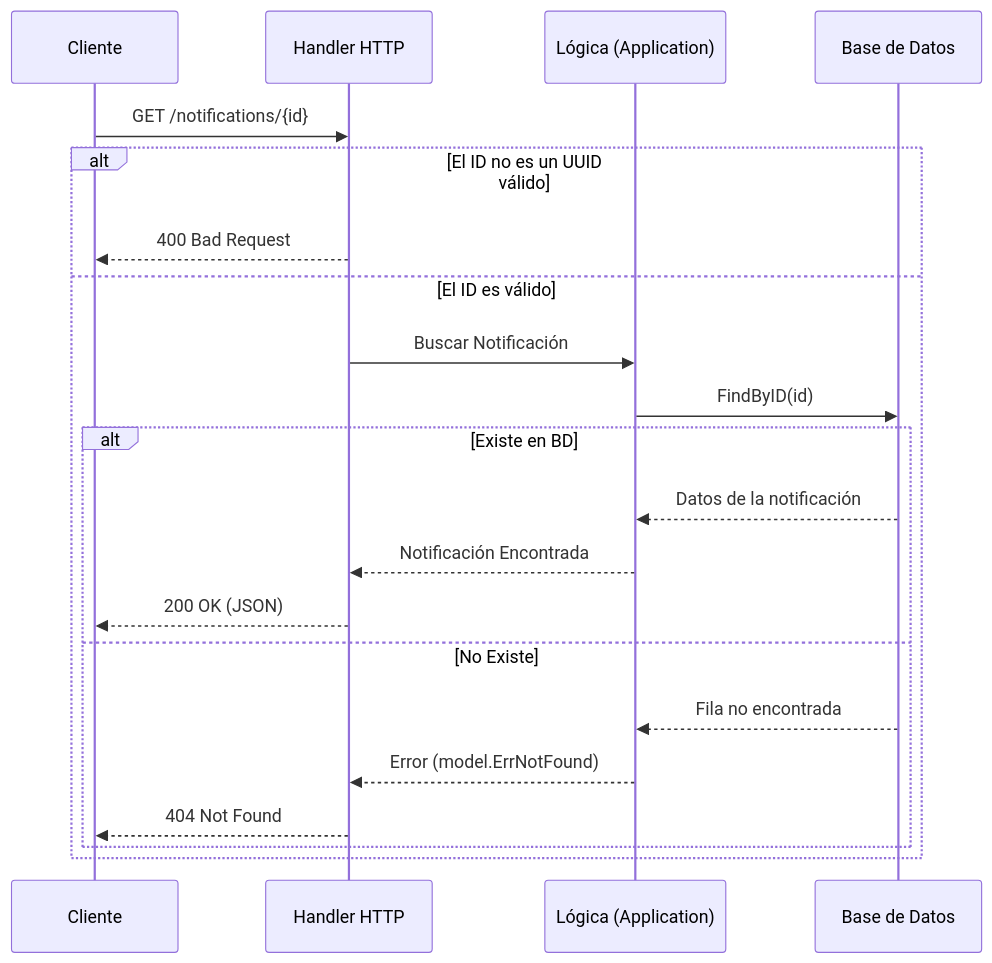
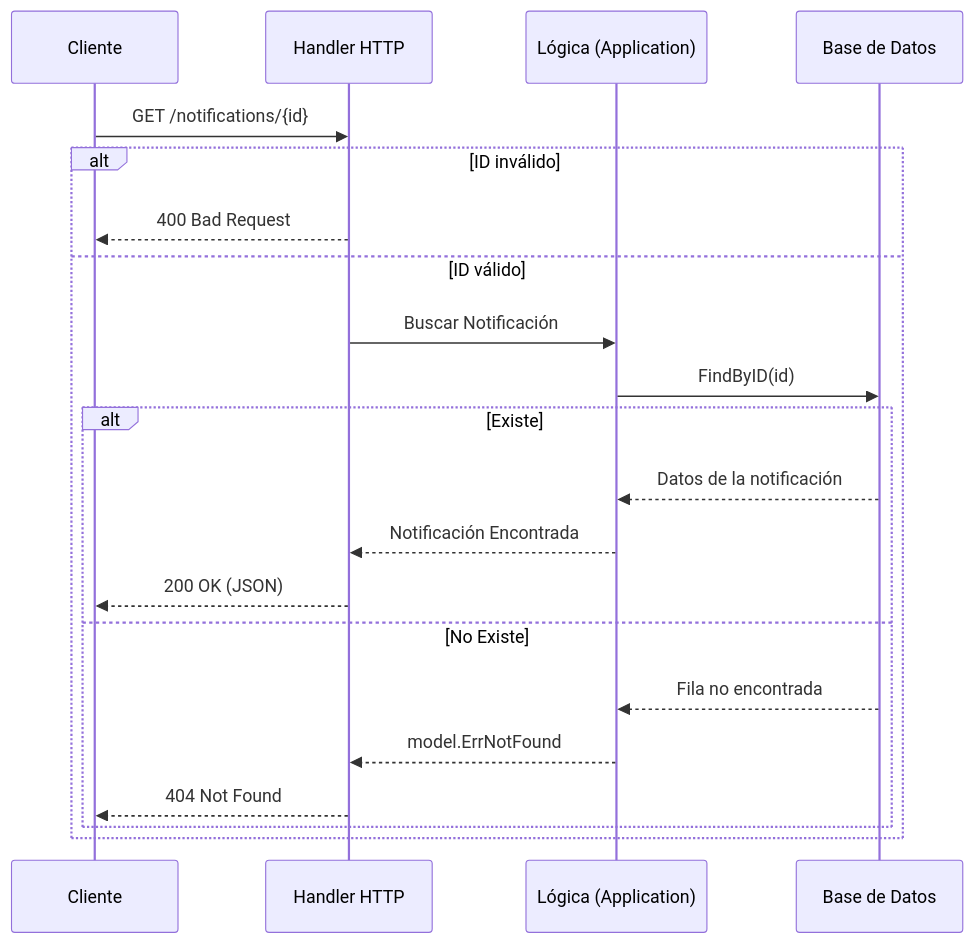
Before and after one commit to Entregables-Jesus-Ariel/evidencias-notification-service: the diagram in tasks-vanessaperdomo/HU-NOTIF-005.md, drawn with Mermaid. The commit also changed other lines of this file and 6 other files, not shown here.

````diff
--- a/tasks-vanessaperdomo/HU-NOTIF-005.md
+++ b/tasks-vanessaperdomo/HU-NOTIF-005.md
@@ -18,26 +15,26 @@
 ```mermaid
 sequenceDiagram
     participant Cliente
     participant API as Handler HTTP
     participant CasoDeUso as Lógica (Application)
     participant BD as Base de Datos
 
     Cliente->>API: GET /notifications/{id}
     
-    alt El ID no es un UUID válido
+    alt ID inválido
         API-->>Cliente: 400 Bad Request
-    else El ID es válido
+    else ID válido
         API->>CasoDeUso: Buscar Notificación
         CasoDeUso->>BD: FindByID(id)
         
-        alt Existe en BD
+        alt Existe
             BD-->>CasoDeUso: Datos de la notificación
             CasoDeUso-->>API: Notificación Encontrada
             API-->>Cliente: 200 OK (JSON)
         else No Existe
             BD-->>CasoDeUso: Fila no encontrada
-            CasoDeUso-->>API: Error (model.ErrNotFound)
+            CasoDeUso-->>API: model.ErrNotFound
             API-->>Cliente: 404 Not Found
         end
     end
 ```
````
